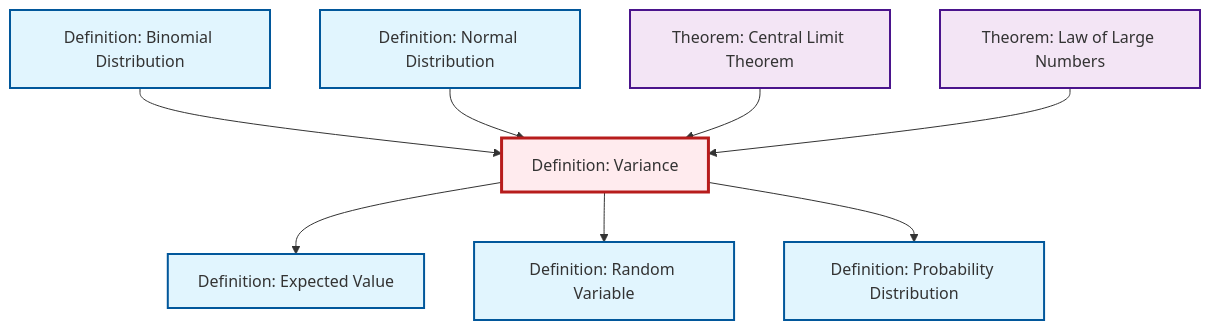
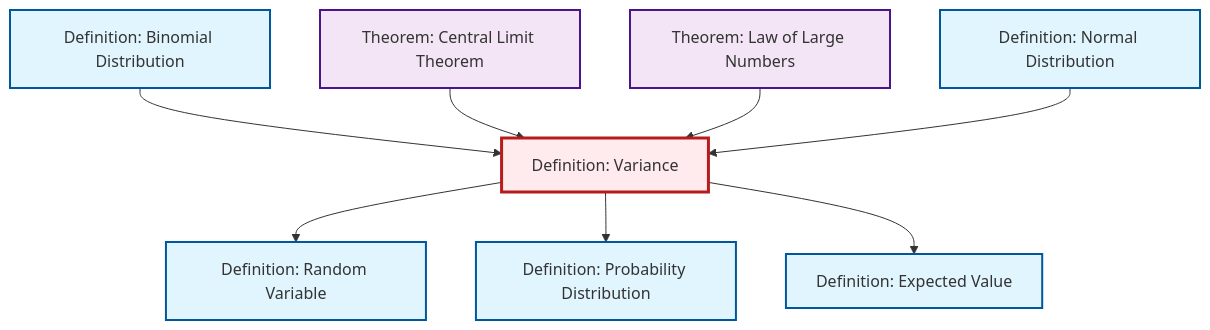
One commit to RK0429/ModernMath changed the second of 2 diagrams in content/en/probability-statistics/def-variance.qmd. Above: the diagram before and after it, drawn with Mermaid. The commit also changed other lines of this file and 672 other files, not shown here.

````diff
--- a/content/en/probability-statistics/def-variance.qmd
+++ b/content/en/probability-statistics/def-variance.qmd
@@ -102,32 +102,32 @@
 ```{mermaid}
 %%| fig-cap: "Local dependency graph"
 graph TD
     classDef definition fill:#e1f5fe,stroke:#01579b,stroke-width:2px
     classDef theorem fill:#f3e5f5,stroke:#4a148c,stroke-width:2px
     classDef axiom fill:#fff3e0,stroke:#e65100,stroke-width:2px
     classDef example fill:#e8f5e9,stroke:#1b5e20,stroke-width:2px
     classDef current fill:#ffebee,stroke:#b71c1c,stroke-width:3px
-    def-probability-distribution["Definition: Probability Distribution"]:::definition
-    def-expectation["Definition: Expected Value"]:::definition
-    def-random-variable["Definition: Random Variable"]:::definition
+    def-normal-distribution["Definition: Normal Distribution"]:::definition
     def-binomial-distribution["Definition: Binomial Distribution"]:::definition
     thm-law-of-large-numbers["Theorem: Law of Large Numbers"]:::theorem
-    def-normal-distribution["Definition: Normal Distribution"]:::definition
+    def-expectation["Definition: Expected Value"]:::definition
+    def-probability-distribution["Definition: Probability Distribution"]:::definition
     thm-central-limit["Theorem: Central Limit Theorem"]:::theorem
     def-variance["Definition: Variance"]:::definition
+    def-random-variable["Definition: Random Variable"]:::definition
+    def-variance --> def-random-variable
+    def-variance --> def-probability-distribution
     def-binomial-distribution --> def-variance
-    def-normal-distribution --> def-variance
-    def-variance --> def-expectation
-    def-variance --> def-random-variable
     thm-central-limit --> def-variance
     thm-law-of-large-numbers --> def-variance
-    def-variance --> def-probability-distribution
+    def-variance --> def-expectation
+    def-normal-distribution --> def-variance
     class def-variance current
-    click def-probability-distribution "def-probability-distribution.html" "Go to Probability Distribution definition"
-    click def-expectation "def-expectation.html" "Go to Expected Value definition"
-    click def-random-variable "def-random-variable.html" "Go to Random Variable definition"
+    click def-normal-distribution "def-normal-distribution.html" "Go to Normal Distribution definition"
     click def-binomial-distribution "def-binomial-distribution.html" "Go to Binomial Distribution definition"
     click thm-law-of-large-numbers "thm-law-of-large-numbers.html" "Go to Law of Large Numbers theorem"
-    click def-normal-distribution "def-normal-distribution.html" "Go to Normal Distribution definition"
+    click def-expectation "def-expectation.html" "Go to Expected Value definition"
+    click def-probability-distribution "def-probability-distribution.html" "Go to Probability Distribution definition"
     click thm-central-limit "thm-central-limit.html" "Go to Central Limit Theorem theorem"
+    click def-random-variable "def-random-variable.html" "Go to Random Variable definition"
 ```
````
